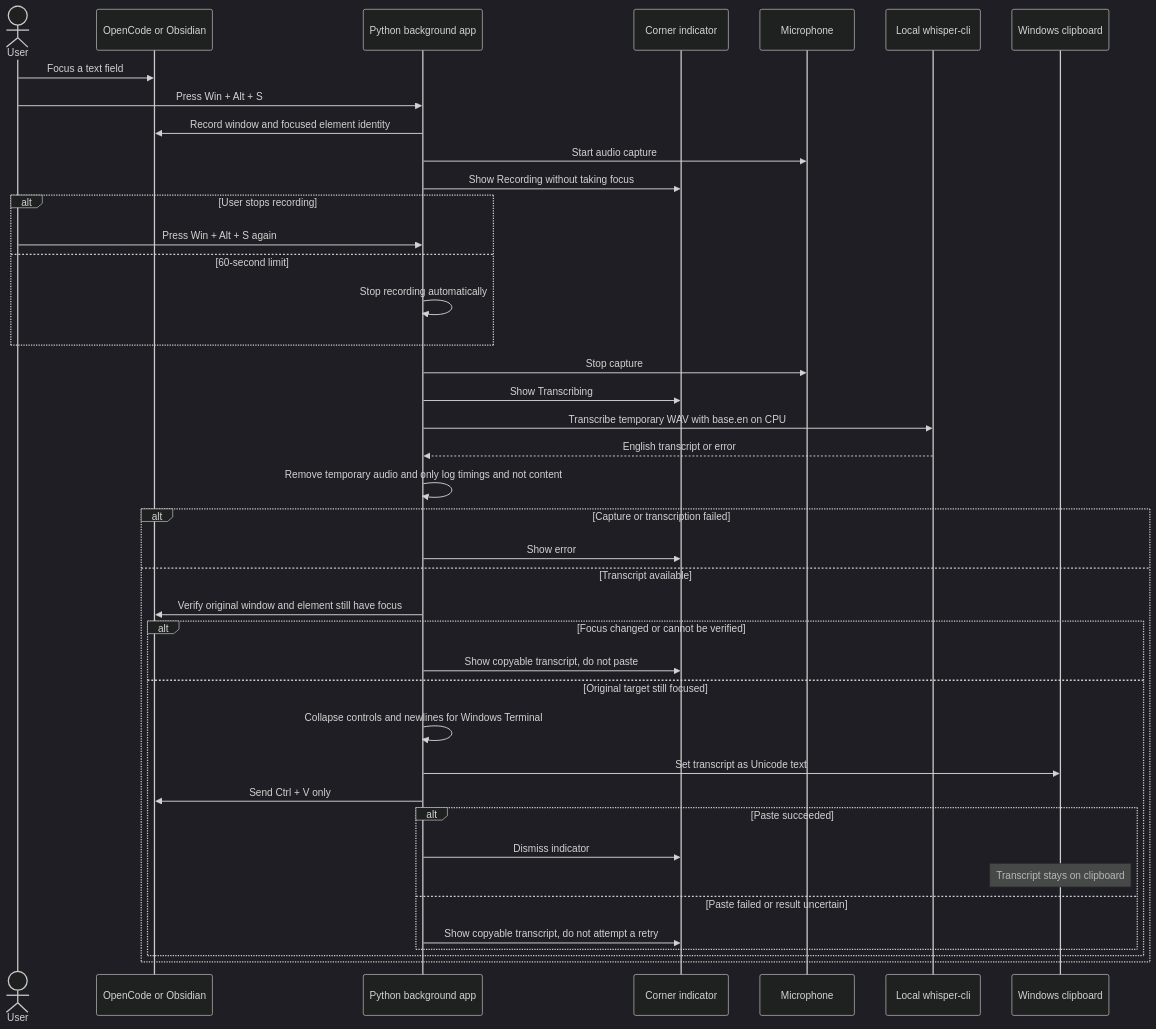
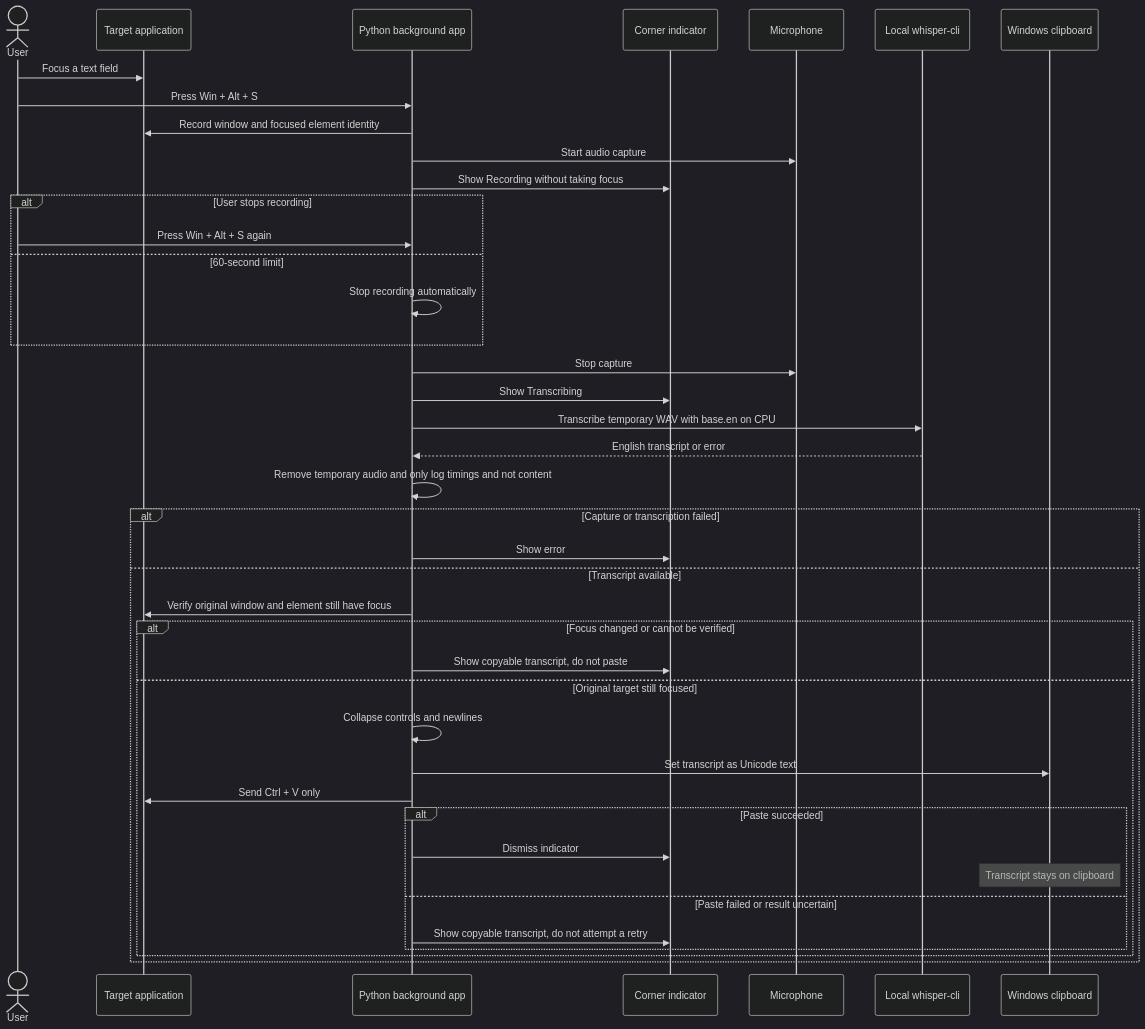
The second of 2 diagrams in docs/architecture/offline-dictation-mvp.md (TheAdaptoid/yet-another-transcriber), drawn with Mermaid (dark theme) before and after one commit. The commit also changed other lines of this file and 11 other files, not shown here.

````diff
--- a/docs/architecture/offline-dictation-mvp.md
+++ b/docs/architecture/offline-dictation-mvp.md
@@ -35,45 +32,45 @@
 ```mermaid
 sequenceDiagram
   actor User
-  participant Target as OpenCode or Obsidian
+  participant Target as Target application
   participant App as Python background app
   participant UI as Corner indicator
   participant Mic as Microphone
   participant ASR as Local whisper-cli
   participant Clip as Windows clipboard
 
   User->>Target: Focus a text field
   User->>App: Press Win + Alt + S
   App->>Target: Record window and focused element identity
   App->>Mic: Start audio capture
   App->>UI: Show Recording without taking focus
   alt User stops recording
     User->>App: Press Win + Alt + S again
   else 60-second limit
     App->>App: Stop recording automatically
   end
   App->>Mic: Stop capture
   App->>UI: Show Transcribing
   App->>ASR: Transcribe temporary WAV with base.en on CPU
   ASR-->>App: English transcript or error
   App->>App: Remove temporary audio and only log timings and not content
 
   alt Capture or transcription failed
     App->>UI: Show error
   else Transcript available
     App->>Target: Verify original window and element still have focus
     alt Focus changed or cannot be verified
       App->>UI: Show copyable transcript, do not paste
     else Original target still focused
-      App->>App: Collapse controls and newlines for Windows Terminal
+      App->>App: Collapse controls and newlines
       App->>Clip: Set transcript as Unicode text
       App->>Target: Send Ctrl + V only
       alt Paste succeeded
         App->>UI: Dismiss indicator
         Note over Clip: Transcript stays on clipboard
       else Paste failed or result uncertain
         App->>UI: Show copyable transcript, do not attempt a retry
       end
     end
   end
 ```
````
